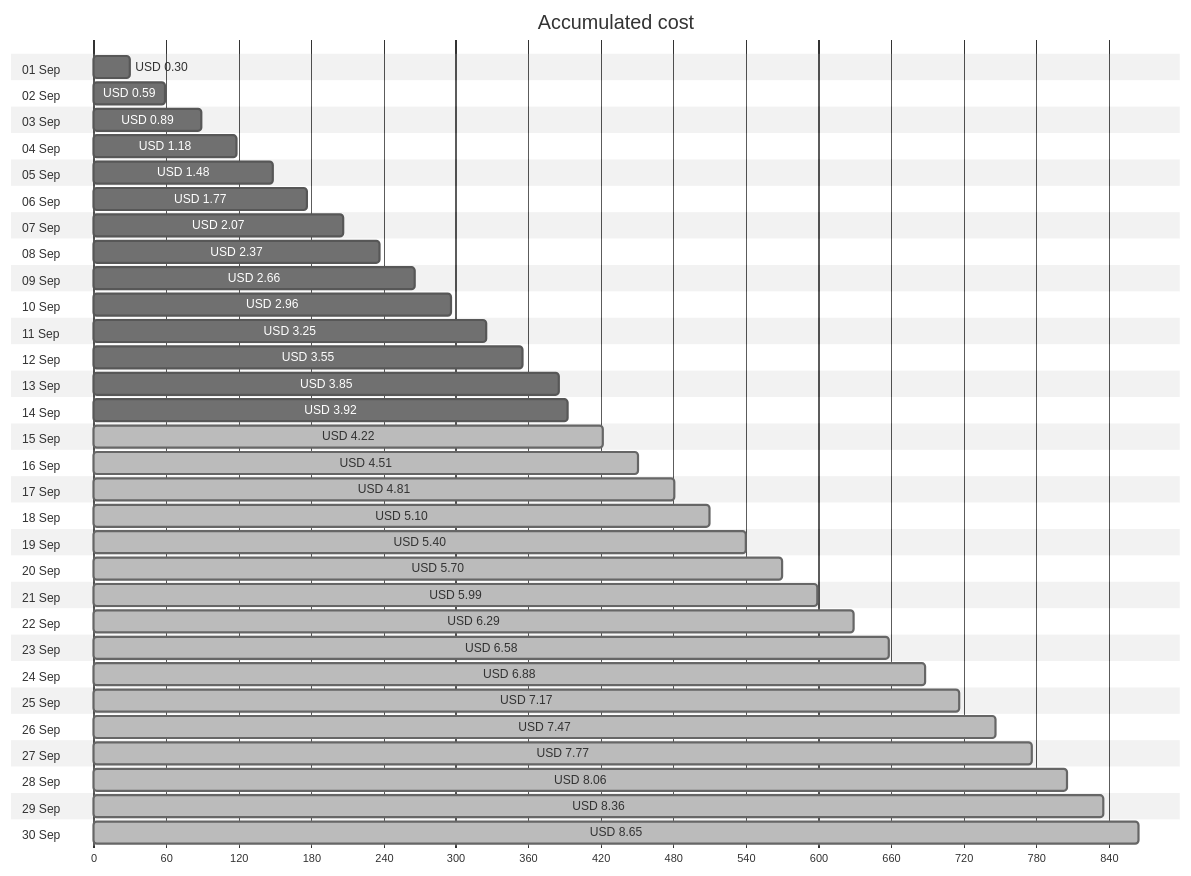
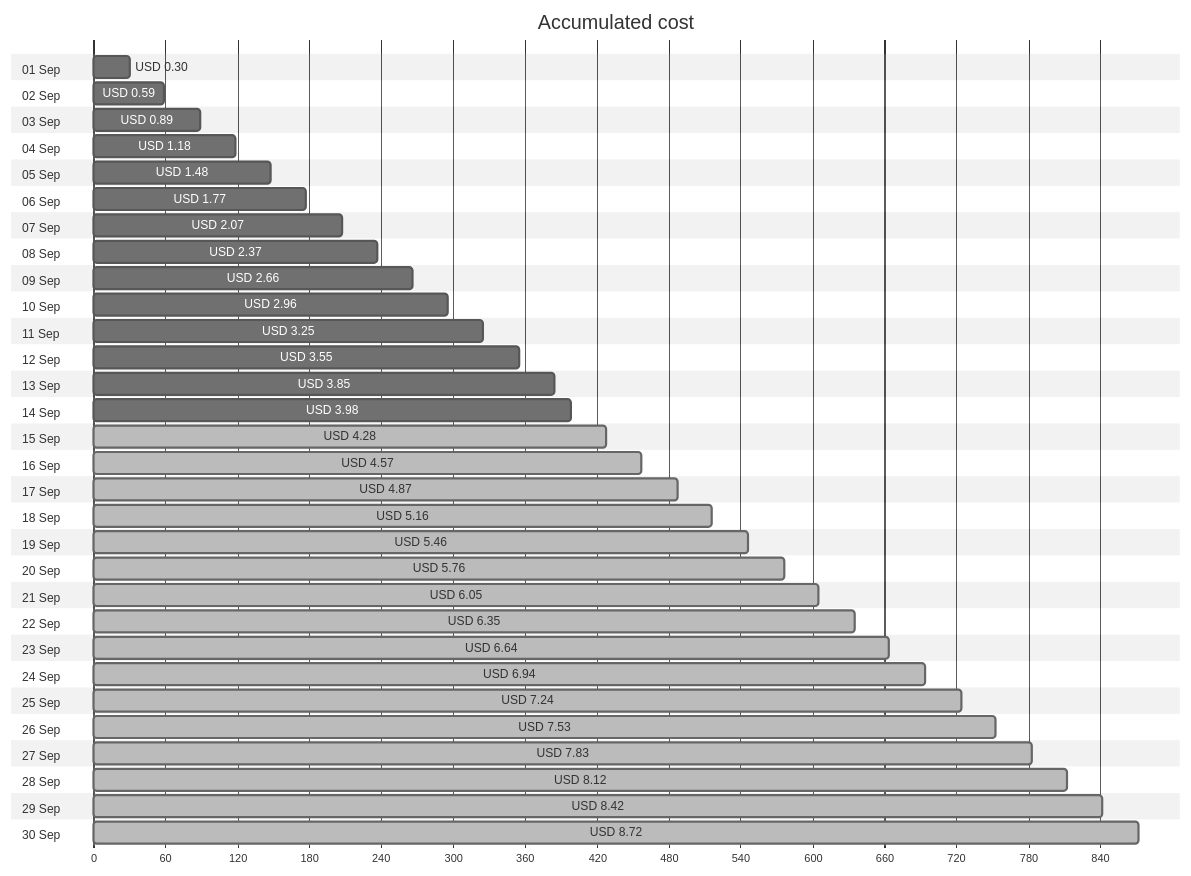
One commit to jpfulton/azure-personal-reports changed the first of 4 diagrams in cost-reports/personal-site/personal-site-preview.md. Above: the diagram before and after it, drawn with Mermaid (neutral theme). The commit also changed other lines of this file and 34 other files, not shown here.

````diff
--- a/cost-reports/personal-site/personal-site-preview.md
+++ b/cost-reports/personal-site/personal-site-preview.md
@@ -20,66 +20,66 @@
 ```mermaid
 gantt
    title Accumulated cost
    dateFormat  X
    axisFormat %s
    section 01 Sep
    USD 0.30 :0, 30
    section 02 Sep
    USD 0.59 :0, 59
    section 03 Sep
    USD 0.89 :0, 89
    section 04 Sep
    USD 1.18 :0, 118
    section 05 Sep
    USD 1.48 :0, 148
    section 06 Sep
    USD 1.77 :0, 177
    section 07 Sep
    USD 2.07 :0, 207
    section 08 Sep
    USD 2.37 :0, 237
    section 09 Sep
    USD 2.66 :0, 266
    section 10 Sep
    USD 2.96 :0, 296
    section 11 Sep
    USD 3.25 :0, 325
    section 12 Sep
    USD 3.55 :0, 355
    section 13 Sep
    USD 3.85 :0, 385
    section 14 Sep
-   USD 3.92 :0, 392
+   USD 3.98 :0, 398
    section 15 Sep
-   USD 4.22 : done, 0, 422
+   USD 4.28 : done, 0, 428
    section 16 Sep
-   USD 4.51 : done, 0, 451
+   USD 4.57 : done, 0, 457
    section 17 Sep
-   USD 4.81 : done, 0, 481
+   USD 4.87 : done, 0, 487
    section 18 Sep
-   USD 5.10 : done, 0, 510
+   USD 5.16 : done, 0, 516
    section 19 Sep
-   USD 5.40 : done, 0, 540
+   USD 5.46 : done, 0, 546
    section 20 Sep
-   USD 5.70 : done, 0, 570
+   USD 5.76 : done, 0, 576
    section 21 Sep
-   USD 5.99 : done, 0, 599
+   USD 6.05 : done, 0, 605
    section 22 Sep
-   USD 6.29 : done, 0, 629
+   USD 6.35 : done, 0, 635
    section 23 Sep
-   USD 6.58 : done, 0, 658
+   USD 6.64 : done, 0, 664
    section 24 Sep
-   USD 6.88 : done, 0, 688
+   USD 6.94 : done, 0, 694
    section 25 Sep
-   USD 7.17 : done, 0, 717
+   USD 7.24 : done, 0, 724
    section 26 Sep
-   USD 7.47 : done, 0, 747
+   USD 7.53 : done, 0, 753
    section 27 Sep
-   USD 7.77 : done, 0, 777
+   USD 7.83 : done, 0, 783
    section 28 Sep
-   USD 8.06 : done, 0, 806
+   USD 8.12 : done, 0, 812
    section 29 Sep
-   USD 8.36 : done, 0, 836
+   USD 8.42 : done, 0, 842
    section 30 Sep
-   USD 8.65 : done, 0, 865
+   USD 8.72 : done, 0, 872
 ```
````
